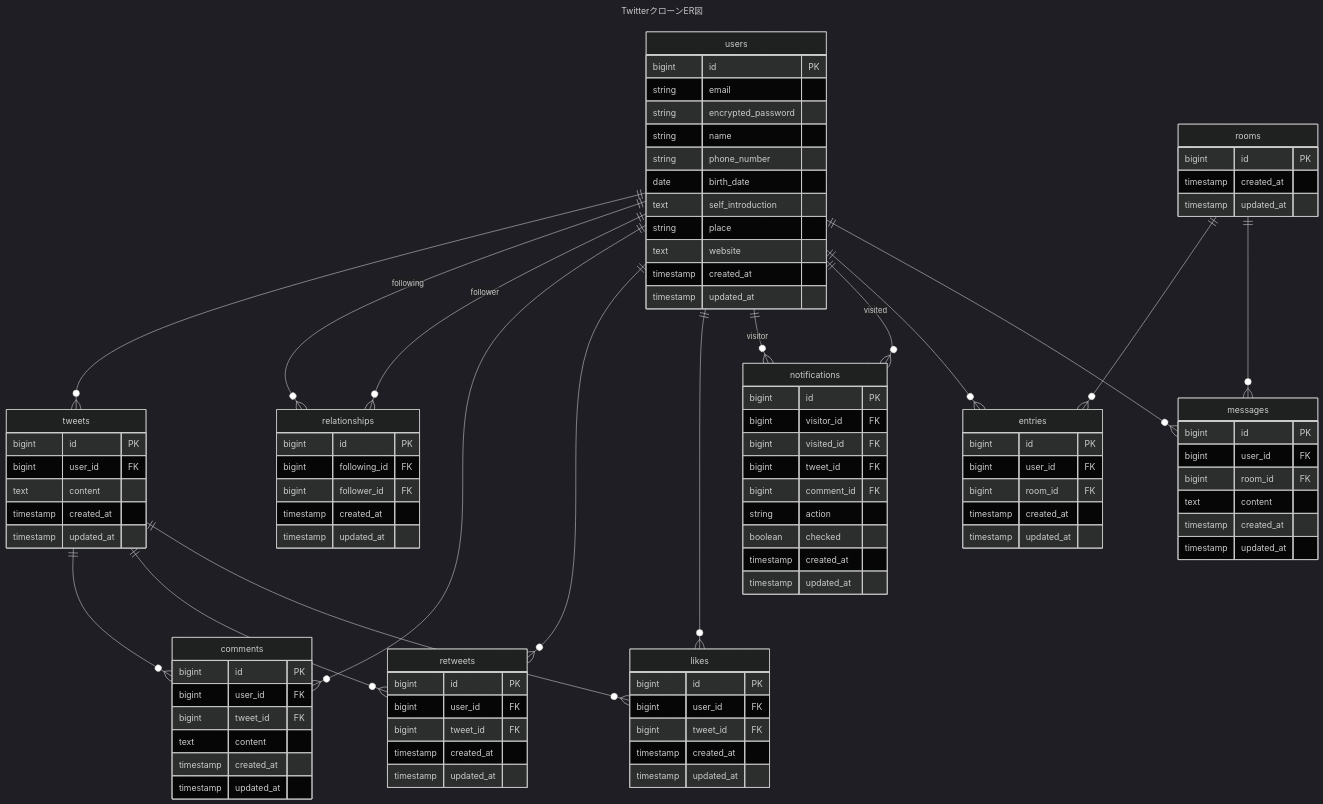
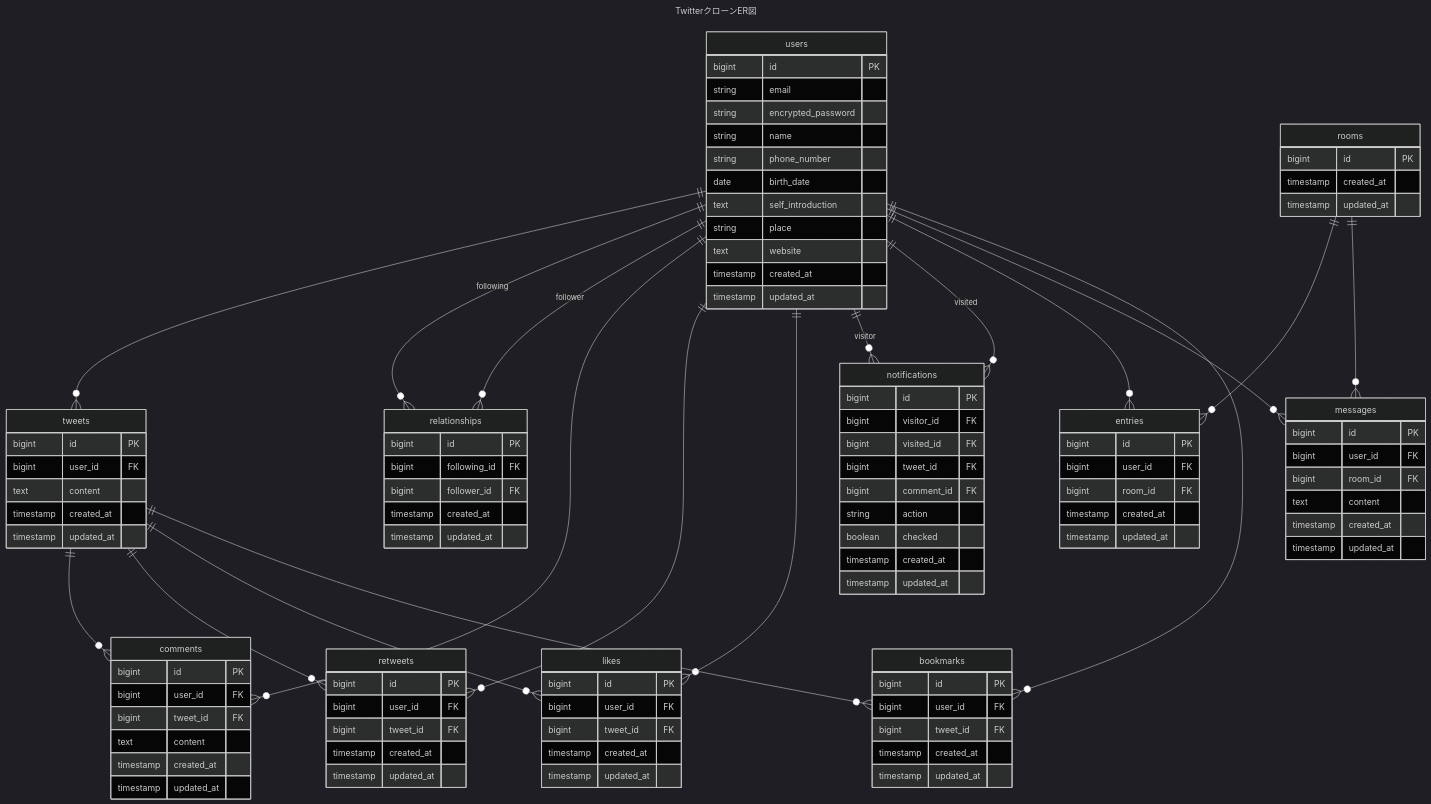
The diagram in README.md (jin-hatanaka/twitter_clone), drawn with Mermaid (dark theme) before and after one commit.

````diff
--- a/README.md
+++ b/README.md
@@ -45,6 +45,8 @@
     rooms ||--o{ entries : ""
     users ||--o{ messages : ""
     rooms ||--o{ messages : ""
+    users ||--o{ bookmarks : ""
+    tweets ||--o{ bookmarks : ""
 
     users {
         bigint id PK
@@ -136,4 +138,12 @@
         timestamp updated_at
     }
 
+    bookmarks {
+        bigint id PK
+        bigint user_id FK
+        bigint tweet_id FK
+        timestamp created_at
+        timestamp updated_at
+    }
+
 ```
````
